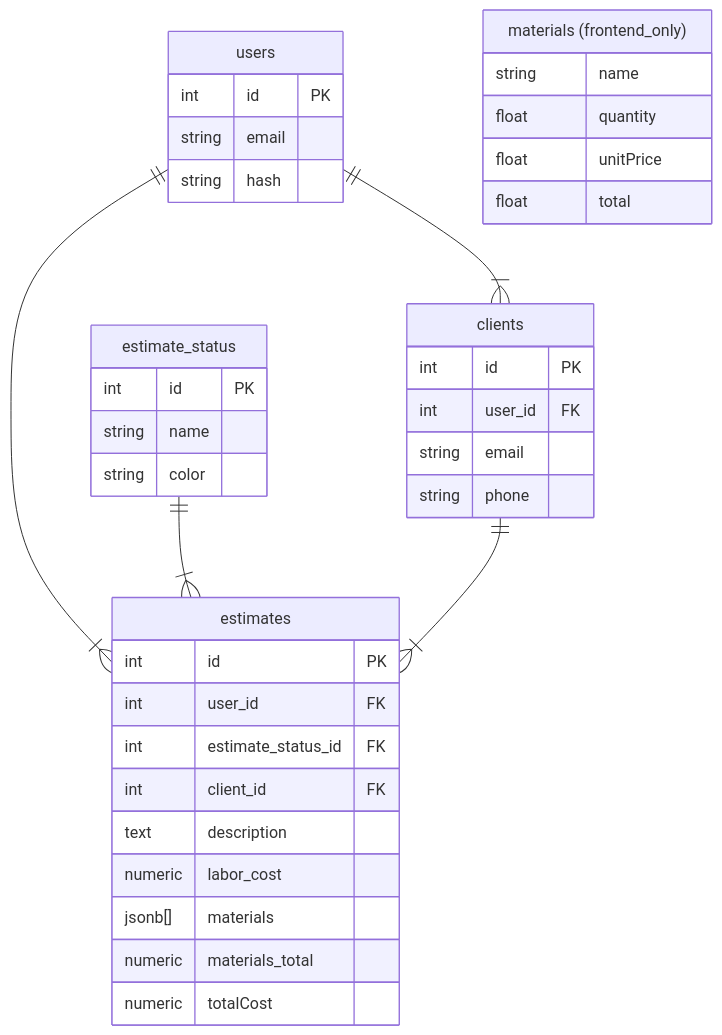
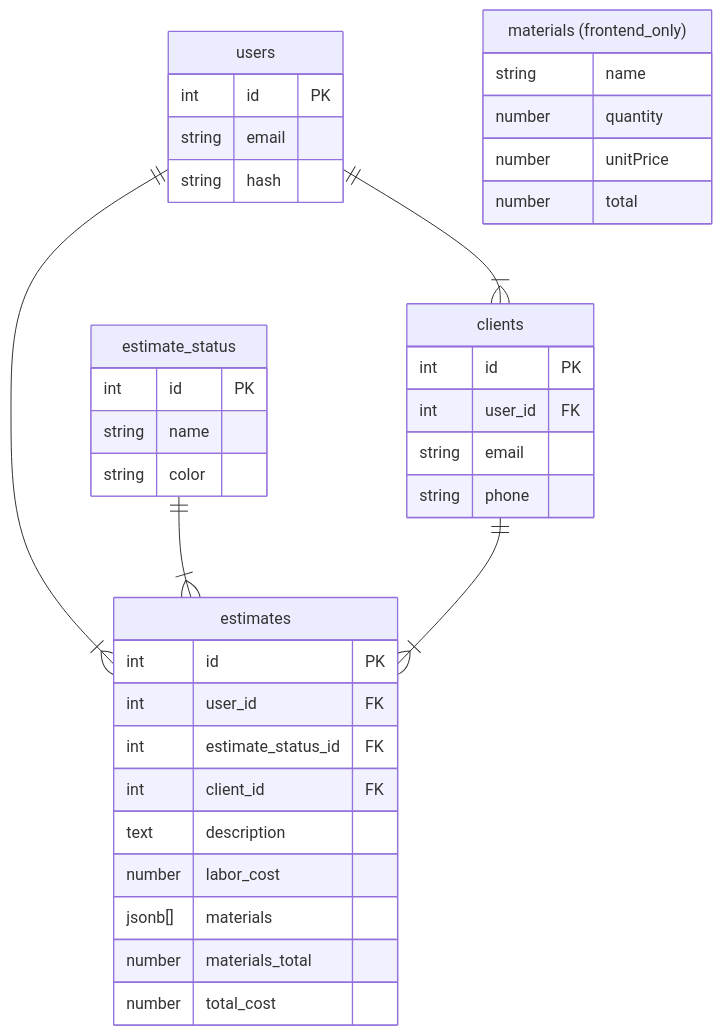
The second of 3 diagrams in aynix-obsidian-vault/README.md (pucodev/aynix), drawn with Mermaid before and after one commit. The commit also changed other lines of this file and 4 other files, not shown here.

````diff
--- a/aynix-obsidian-vault/README.md
+++ b/aynix-obsidian-vault/README.md
@@ -41,41 +61,41 @@
 ```mermaid
 erDiagram
-	users {
-		int id PK
-		string email
-		string hash
-	}
-	clients {
-		int id PK
-		int user_id FK
-		string email
-		string phone
-	}
-	estimates {
-		int id PK
-		int user_id FK
-		int estimate_status_id FK
-		int client_id FK
-		text description
-		numeric labor_cost
-		jsonb[] materials
-		numeric materials_total
-		numeric totalCost
-	}
-	estimate_status {
-		int id PK
-		string name
-		string color
-	}
-	"materials (frontend_only)" {
-		string name
-		float quantity
-		float unitPrice
-		float total
-	}
+    users {
+        int id PK
+        string email
+        string hash
+    }
+    clients {
+        int id PK
+        int user_id FK
+        string email
+        string phone
+    }
+    estimates {
+        int id PK
+        int user_id FK
+        int estimate_status_id FK
+        int client_id FK
+        text description
+        number labor_cost
+        jsonb[] materials
+        number materials_total
+        number total_cost
+    }
+    estimate_status {
+        int id PK
+        string name
+        string color
+    }
+    "materials (frontend_only)" {
+        string name
+        number quantity
+        number unitPrice
+        number total
+    }
 
-	users 1--1+ clients : ""
-	users 1--1+ estimates : ""
-	estimate_status 1--1+ estimates  : ""
-	clients 1--1+ estimates : ""
+    users 1--1+ clients : ""
+    users 1--1+ estimates : ""
+    estimate_status 1--1+ estimates  : ""
+    clients 1--1+ estimates : ""
 ```
````
